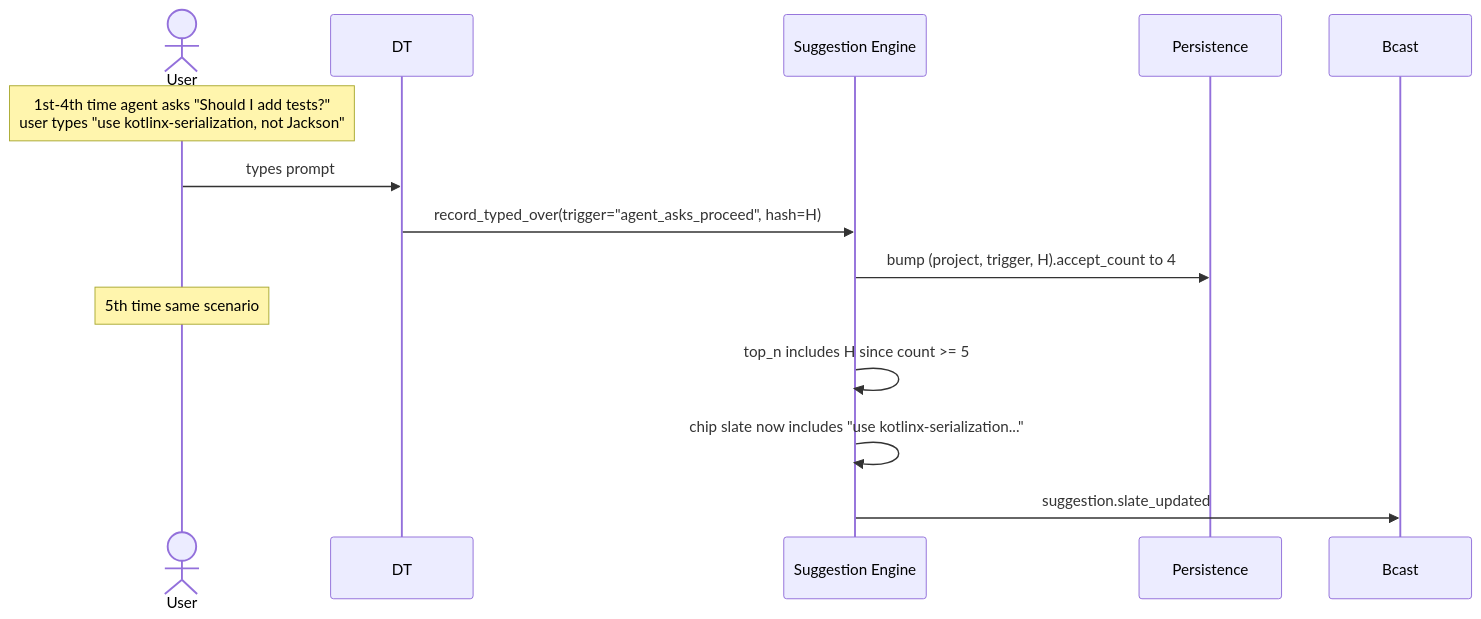
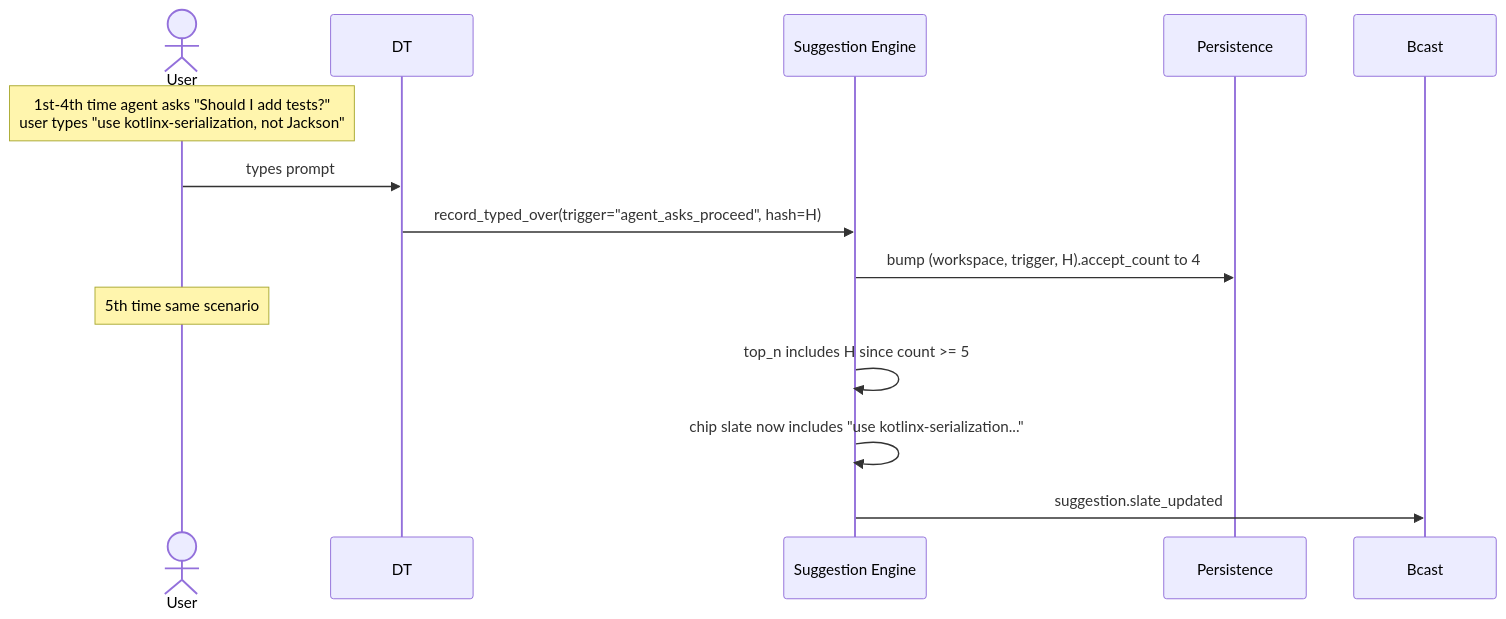
One commit to aminry/concerto changed the third of 4 diagrams in design/07_Suggestion_Engine.md. Above: the diagram before and after it, drawn with Mermaid. The commit also changed other lines of this file and 168 other files, not shown here.

First line of the commit message:
Collapse Project into Workspace (#149)

````diff
--- a/design/07_Suggestion_Engine.md
+++ b/design/07_Suggestion_Engine.md
@@ -425,15 +425,15 @@
 ```mermaid
 sequenceDiagram
     actor User
     participant DT
     participant Eng as Suggestion Engine
     participant DB as Persistence
     Note over User: 1st-4th time agent asks "Should I add tests?"<br/>user types "use kotlinx-serialization, not Jackson"
     User->>DT: types prompt
     DT->>Eng: record_typed_over(trigger="agent_asks_proceed", hash=H)
-    Eng->>DB: bump (project, trigger, H).accept_count to 4
+    Eng->>DB: bump (workspace, trigger, H).accept_count to 4
     Note over User: 5th time same scenario
     Eng->>Eng: top_n includes H since count >= 5
     Eng->>Eng: chip slate now includes "use kotlinx-serialization..."
     Eng->>Bcast: suggestion.slate_updated
 ```
````
